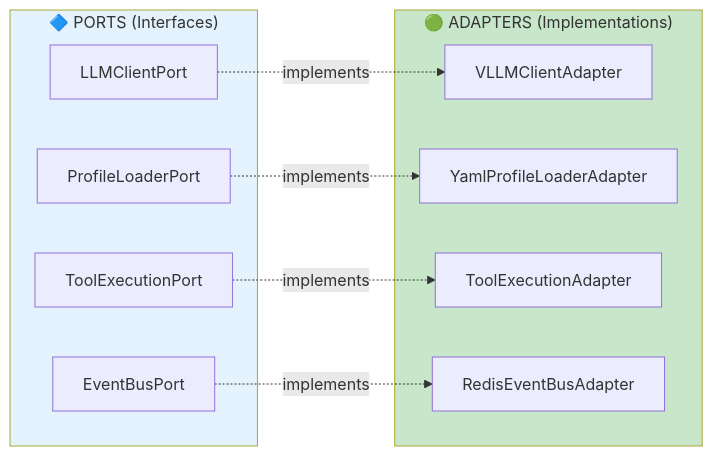
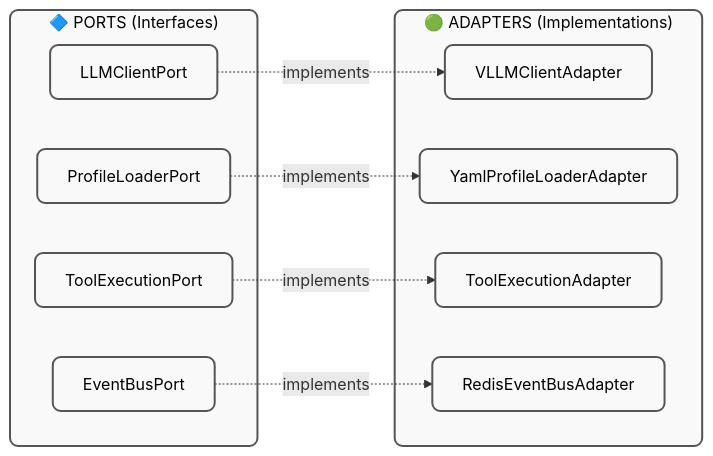
Before and after one commit to underpass-ai/swe-ai-fleet: the fifth of 5 diagrams in docs/architecture/AGENTS_AND_TOOLS.md, drawn with Mermaid. The commit also changed other lines of this file, not shown here.

First line of the commit message:
docs: replace algorithm flowcharts with sequence diagrams for maintainability

````diff
--- a/docs/architecture/AGENTS_AND_TOOLS.md
+++ b/docs/architecture/AGENTS_AND_TOOLS.md
@@ -710,24 +746,32 @@
 ```mermaid
 graph LR
     subgraph Ports["🔷 PORTS (Interfaces)"]
         P1["LLMClientPort"]
         P2["ProfileLoaderPort"]
         P3["ToolExecutionPort"]
         P4["EventBusPort"]
     end
 
     subgraph Adapters["🟢 ADAPTERS (Implementations)"]
         A1["VLLMClientAdapter"]
         A2["YamlProfileLoaderAdapter"]
         A3["ToolExecutionAdapter"]
         A4["RedisEventBusAdapter"]
     end
 
     P1 -.implements.-> A1
     P2 -.implements.-> A2
     P3 -.implements.-> A3
     P4 -.implements.-> A4
 
-    style Ports fill:#e3f2fd
-    style Adapters fill:#c8e6c9
+    style Ports stroke:#555,stroke-width:2px,fill:#f9f9f9,color:#000,rx:8,ry:8
+    style Adapters stroke:#555,stroke-width:2px,fill:#f9f9f9,color:#000,rx:8,ry:8
+    style P1 stroke:#555,stroke-width:2px,fill:#f9f9f9,color:#000,rx:8,ry:8
+    style P2 stroke:#555,stroke-width:2px,fill:#f9f9f9,color:#000,rx:8,ry:8
+    style P3 stroke:#555,stroke-width:2px,fill:#f9f9f9,color:#000,rx:8,ry:8
+    style P4 stroke:#555,stroke-width:2px,fill:#f9f9f9,color:#000,rx:8,ry:8
+    style A1 stroke:#555,stroke-width:2px,fill:#f9f9f9,color:#000,rx:8,ry:8
+    style A2 stroke:#555,stroke-width:2px,fill:#f9f9f9,color:#000,rx:8,ry:8
+    style A3 stroke:#555,stroke-width:2px,fill:#f9f9f9,color:#000,rx:8,ry:8
+    style A4 stroke:#555,stroke-width:2px,fill:#f9f9f9,color:#000,rx:8,ry:8
 ```
````
